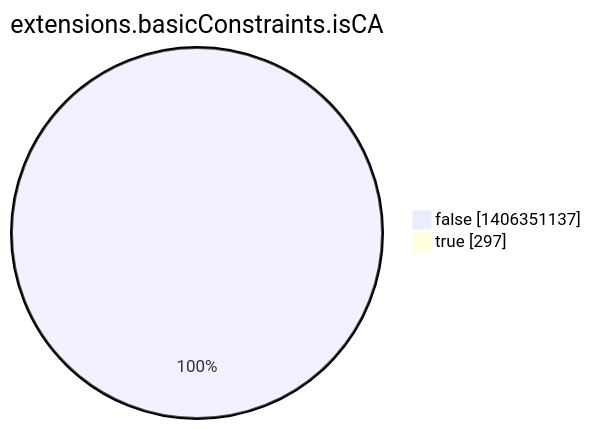
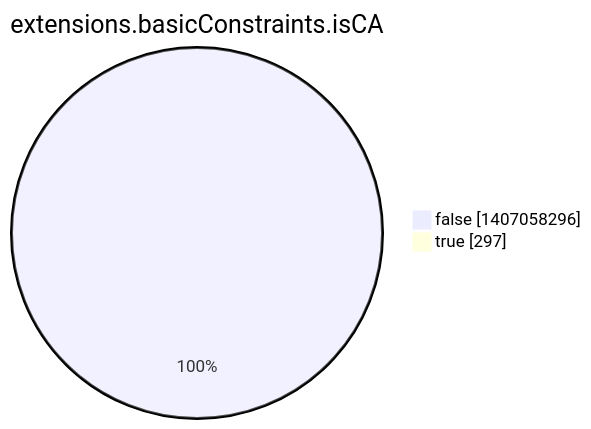
The eighth of 15 diagrams in argon2022/README.md (christiankrug/ctmonitor_visualization), drawn with Mermaid before and after one commit. The commit also changed other lines of this file, not shown here.

````diff
--- a/argon2022/README.md
+++ b/argon2022/README.md
@@ -2760,6 +2760,6 @@
 ```mermaid
 pie showData
 title extensions.basicConstraints.isCA
-"false" :1406351137
+"false" :1407058296
 "true" :297
 ```
````
